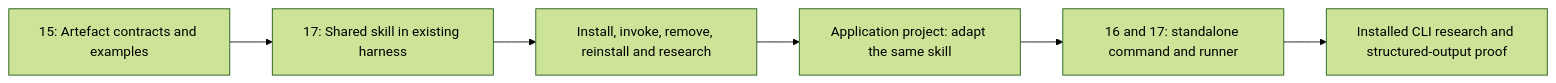
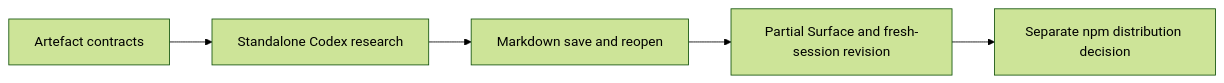
One commit to injectionator/ai-surface-model changed the diagram in docs/n8r-surface/critical-path.md. Above: the diagram before and after it, drawn with Mermaid (forest theme). The commit also changed other lines of this file and 9 other files, not shown here.

Commit message:
docs: record installed Surface revision proof and human walkthrough

````diff
--- a/docs/n8r-surface/critical-path.md
+++ b/docs/n8r-surface/critical-path.md
@@ -36,8 +15,7 @@
 ```mermaid
 flowchart LR
-    Contract[15: Artefact contracts and examples] --> Skill[17: Shared skill in existing harness]
-    Skill --> Trial[Install, invoke, remove, reinstall and research]
-    Trial --> Lab[Application project: adapt the same skill]
-    Lab --> CLI[16 and 17: standalone command and runner]
-    CLI --> Verified[Installed CLI research and structured-output proof]
+    Contract[Artefact contracts] --> CLI[Standalone Codex research]
+    CLI --> Notes[Markdown save and reopen]
+    Notes --> Surface[Partial Surface and fresh-session revision]
+    Surface --> Distribution[Separate npm distribution decision]
 ```
````
